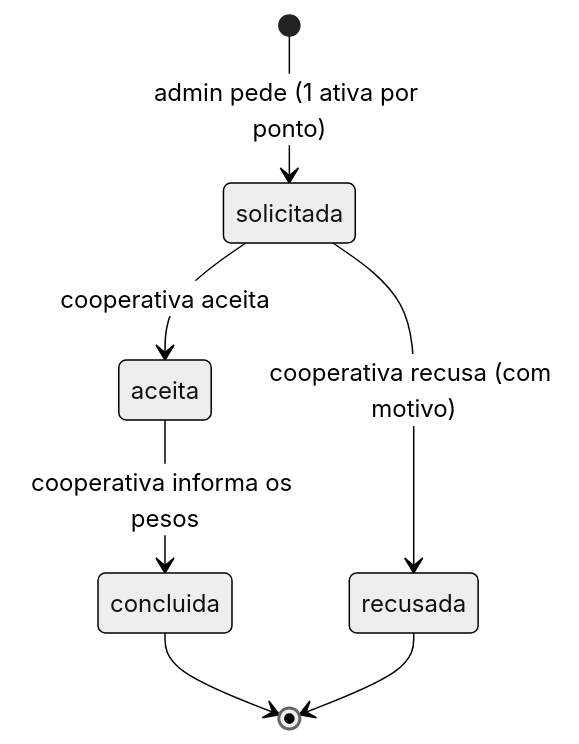
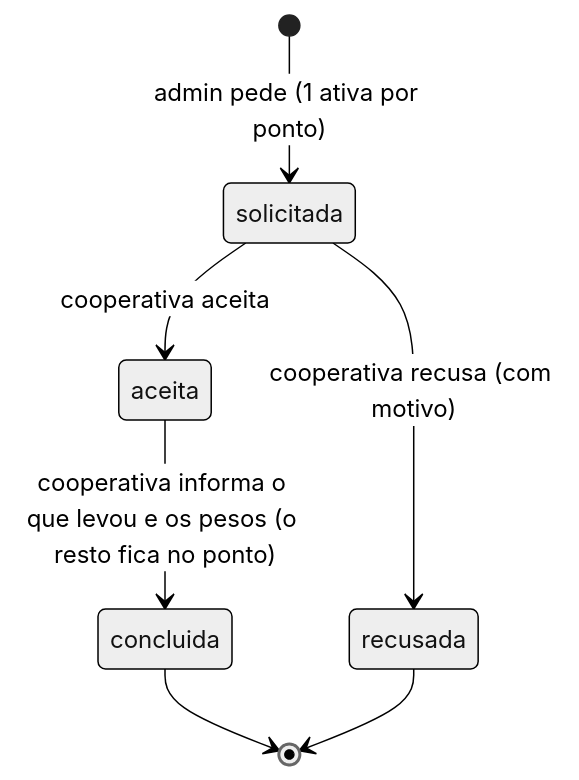
Before and after one commit to Residuum-Organization/residuum-documentacao: the first of 2 diagrams in docs/pesquisa/capacidade-e-execucao-da-coleta.md, drawn with Mermaid (neutral theme). The commit also changed other lines of this file and 3 other files, not shown here.

````diff
--- a/docs/pesquisa/capacidade-e-execucao-da-coleta.md
+++ b/docs/pesquisa/capacidade-e-execucao-da-coleta.md
@@ -55,9 +55,9 @@
 ```mermaid
 stateDiagram-v2
   [*] --> solicitada: admin pede (1 ativa por ponto)
   solicitada --> aceita: cooperativa aceita
   solicitada --> recusada: cooperativa recusa (com motivo)
-  aceita --> concluida: cooperativa informa os pesos
+  aceita --> concluida: cooperativa informa o que levou e os pesos (o resto fica no ponto)
   concluida --> [*]
   recusada --> [*]
 ```
````
